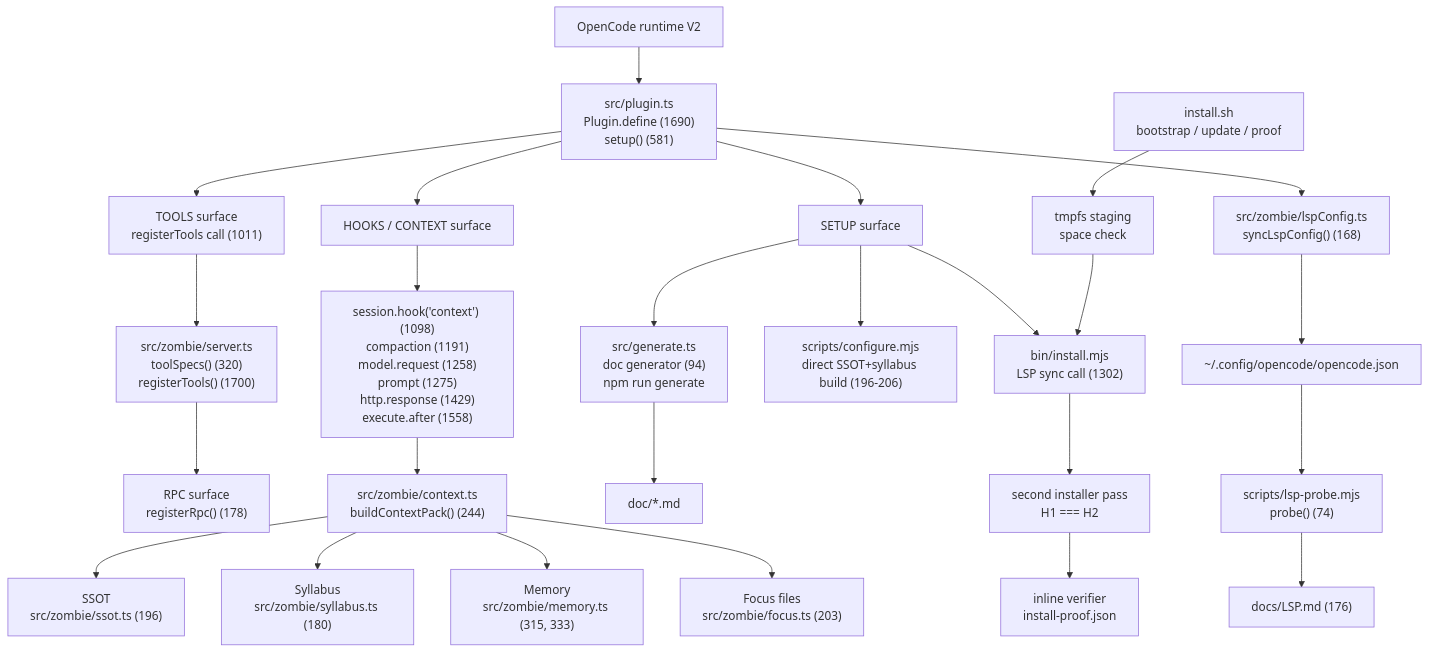
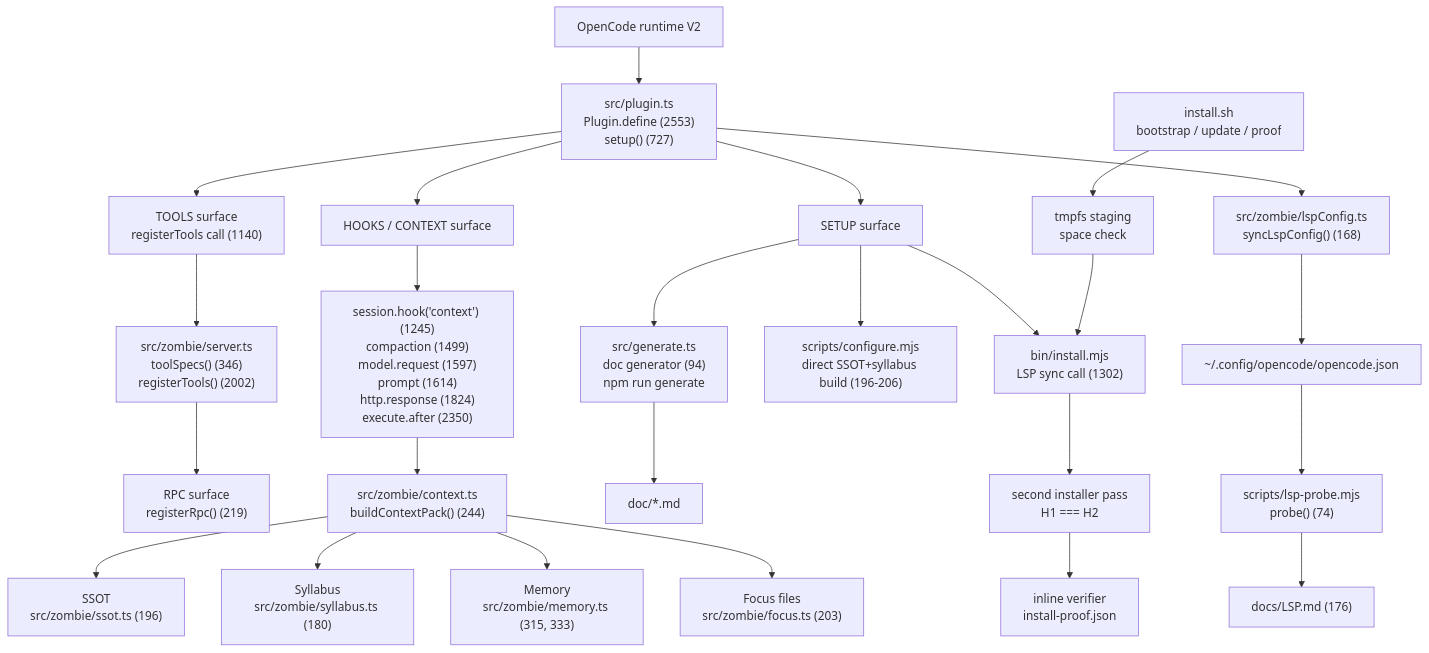
One commit to azurebluezone/adapter changed the diagram in docs/architecture-map.md. Above: the diagram before and after it, drawn with Mermaid. The commit also changed other lines of this file and 4 other files, not shown here.

Commit message:
docs: refresh 28-tool map and live runtime version

````diff
--- a/docs/architecture-map.md
+++ b/docs/architecture-map.md
@@ -9,32 +9,32 @@
 ```mermaid
 flowchart TD
-  RT["OpenCode runtime V2"] --> P["src/plugin.ts<br/>Plugin.define (1690)<br/>setup() (581)"]
+  RT["OpenCode runtime V2"] --> P["src/plugin.ts<br/>Plugin.define (2553)<br/>setup() (727)"]
 
-  P --> T["TOOLS surface<br/>registerTools call (1011)"]
-  T --> TS["src/zombie/server.ts<br/>toolSpecs() (320)<br/>registerTools() (1700)"]
-  TS --> RPC["RPC surface<br/>registerRpc() (178)"]
+  P --> T["TOOLS surface<br/>registerTools call (1140)"]
+  T --> TS["src/zombie/server.ts<br/>toolSpecs() (346)<br/>registerTools() (2002)"]
+  TS --> RPC["RPC surface<br/>registerRpc() (219)"]
 
   P --> H["HOOKS / CONTEXT surface"]
-  H --> HC["session.hook('context') (1098)<br/>compaction (1191)<br/>model.request (1258)<br/>prompt (1275)<br/>http.response (1429)<br/>execute.after (1558)"]
+  H --> HC["session.hook('context') (1245)<br/>compaction (1499)<br/>model.request (1597)<br/>prompt (1614)<br/>http.response (1824)<br/>execute.after (2350)"]
   HC --> CP["src/zombie/context.ts<br/>buildContextPack() (244)"]
   CP --> SSOT["SSOT<br/>src/zombie/ssot.ts (196)"]
   CP --> SYL["Syllabus<br/>src/zombie/syllabus.ts (180)"]
   CP --> MEM["Memory<br/>src/zombie/memory.ts (315, 333)"]
   CP --> FOC["Focus files<br/>src/zombie/focus.ts (203)"]
 
   P --> SET["SETUP surface"]
   SET --> INST["bin/install.mjs<br/>LSP sync call (1302)"]
   SET --> CONF["scripts/configure.mjs<br/>direct SSOT+syllabus build (196-206)"]
   SET --> GEN["src/generate.ts<br/>doc generator (94)<br/>npm run generate"]
   GEN --> DOCS["doc/*.md"]
 
   SH["install.sh<br/>bootstrap / update / proof"] --> STG["tmpfs staging<br/>space check"]
   STG --> INST
   INST --> IDEM["second installer pass<br/>H1 === H2"]
   IDEM --> VER["inline verifier<br/>install-proof.json"]
 
   P --> LSPC["src/zombie/lspConfig.ts<br/>syncLspConfig() (168)"]
   LSPC --> OC["~/.config/opencode/opencode.json"]
   OC --> PROBE["scripts/lsp-probe.mjs<br/>probe() (74)"]
   PROBE --> LSPDOC["docs/LSP.md (176)"]
 ```
````
